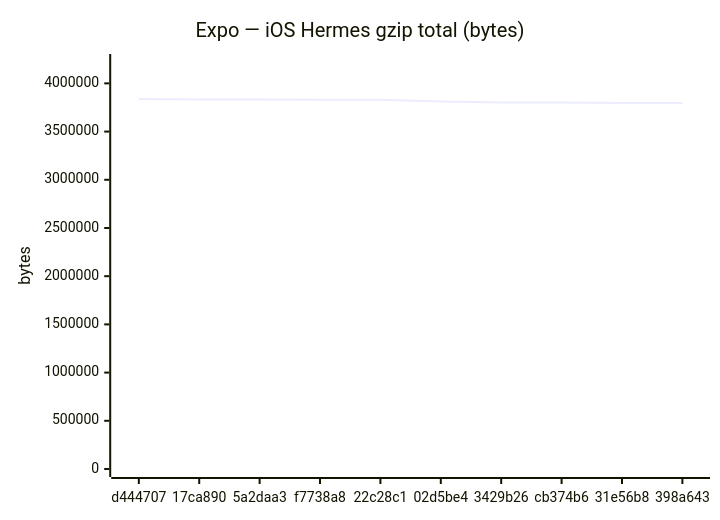
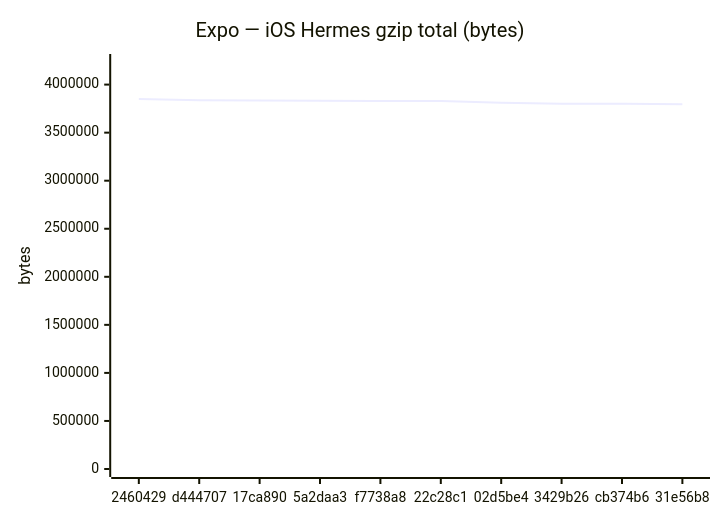
The sixth of 18 diagrams in benchmarks/compare.md (Metaheurist/Rianell), drawn with Mermaid before and after one commit. The commit also changed other lines of this file and 11 other files, not shown here.

````diff
--- a/benchmarks/compare.md
+++ b/benchmarks/compare.md
@@ -96,7 +96,7 @@
 ```mermaid
 xychart-beta
     title "Expo — iOS Hermes gzip total (bytes)"
-    x-axis ["d444707", "17ca890", "5a2daa3", "f7738a8", "22c28c1", "02d5be4", "3429b26", "cb374b6", "31e56b8", "398a643"]
-    y-axis "bytes" 0 --> 4221541
-    line [3837764, 3833771, 3832292, 3830296, 3828818, 3810818, 3801309, 3801305, 3796002, 3796002]
+    x-axis ["2460429", "d444707", "17ca890", "5a2daa3", "f7738a8", "22c28c1", "02d5be4", "3429b26", "cb374b6", "31e56b8"]
+    y-axis "bytes" 0 --> 4235115
+    line [3850104, 3837764, 3833771, 3832292, 3830296, 3828818, 3810818, 3801309, 3801305, 3796002]
 ```
````
